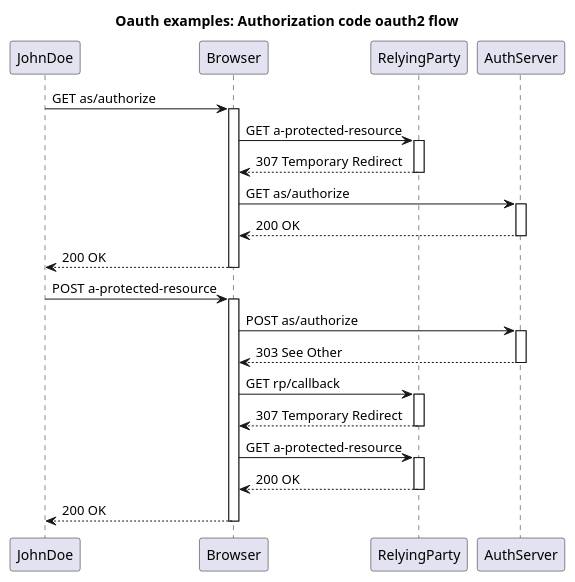
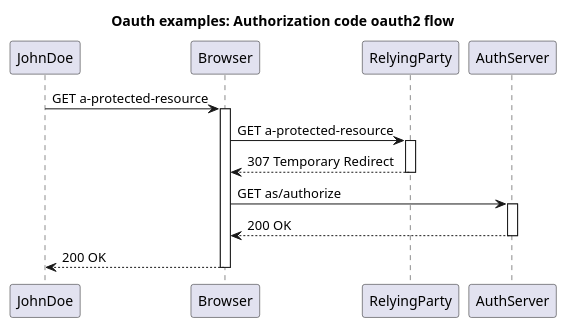
One commit to http4k/http4k-diagram-examples changed the diagram in sequence-diagrams/.generated/diagrams/Oauth examples: Authorization code oauth2 flow - Sequence.puml. Above: the diagram before and after it, drawn with PlantUML. The commit also changed 2 other files, not shown here.

Commit message:
Ignored routed response in redirect

```diff
--- a/sequence-diagrams/.generated/diagrams/Oauth examples: Authorization code oauth2 flow - Sequence.puml
+++ b/sequence-diagrams/.generated/diagrams/Oauth examples: Authorization code oauth2 flow - Sequence.puml
@@ -1,40 +1,21 @@
 @startuml
 title Oauth examples: Authorization code oauth2 flow
 participant JohnDoe
 participant Browser
 participant RelyingParty
 participant AuthServer
-JohnDoe -> Browser: GET as/authorize 
+JohnDoe -> Browser: GET a-protected-resource 
 activate Browser
 Browser -> RelyingParty: GET a-protected-resource 
 activate RelyingParty
 
 RelyingParty --> Browser: 307 Temporary Redirect
 deactivate RelyingParty
 Browser -> AuthServer: GET as/authorize 
 activate AuthServer
 
 AuthServer --> Browser: 200 OK
 deactivate AuthServer
 Browser --> JohnDoe: 200 OK
 deactivate Browser
-JohnDoe -> Browser: POST a-protected-resource 
-activate Browser
-Browser -> AuthServer: POST as/authorize 
-activate AuthServer
-
-AuthServer --> Browser: 303 See Other
-deactivate AuthServer
-Browser -> RelyingParty: GET rp/callback 
-activate RelyingParty
-
-RelyingParty --> Browser: 307 Temporary Redirect
-deactivate RelyingParty
-Browser -> RelyingParty: GET a-protected-resource 
-activate RelyingParty
-
-RelyingParty --> Browser: 200 OK
-deactivate RelyingParty
-Browser --> JohnDoe: 200 OK
-deactivate Browser
     @enduml
```
